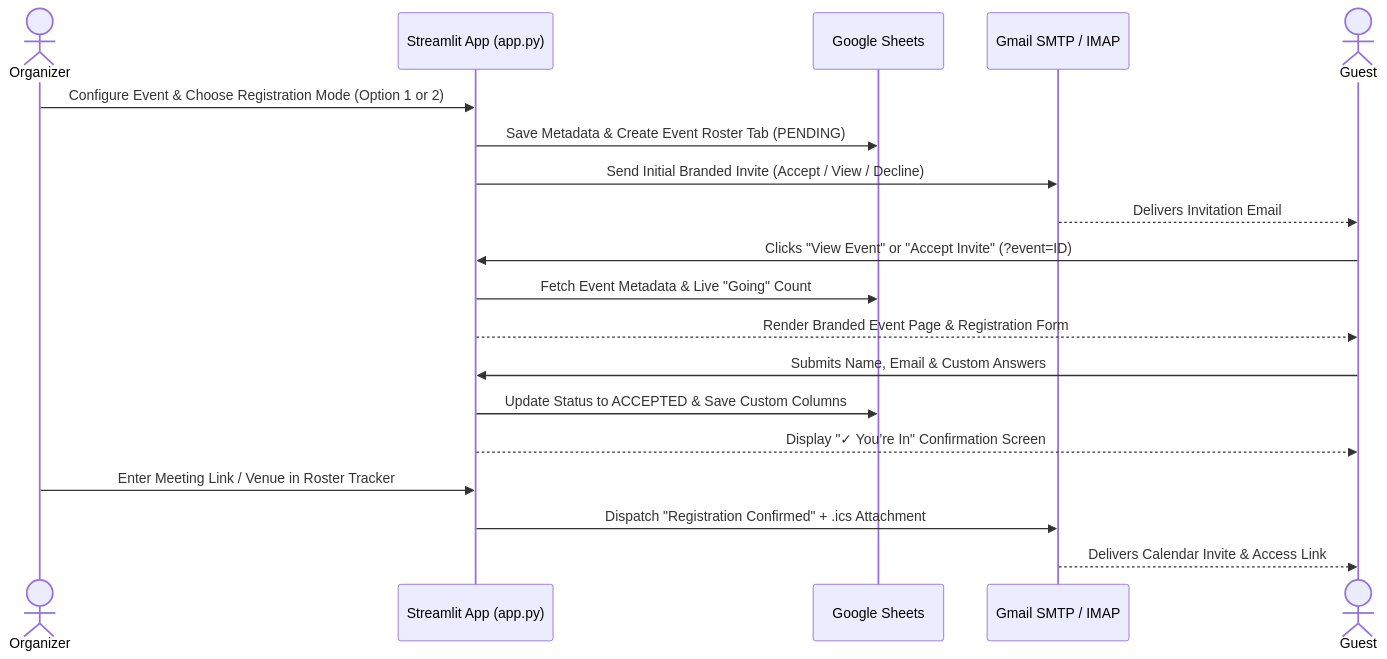
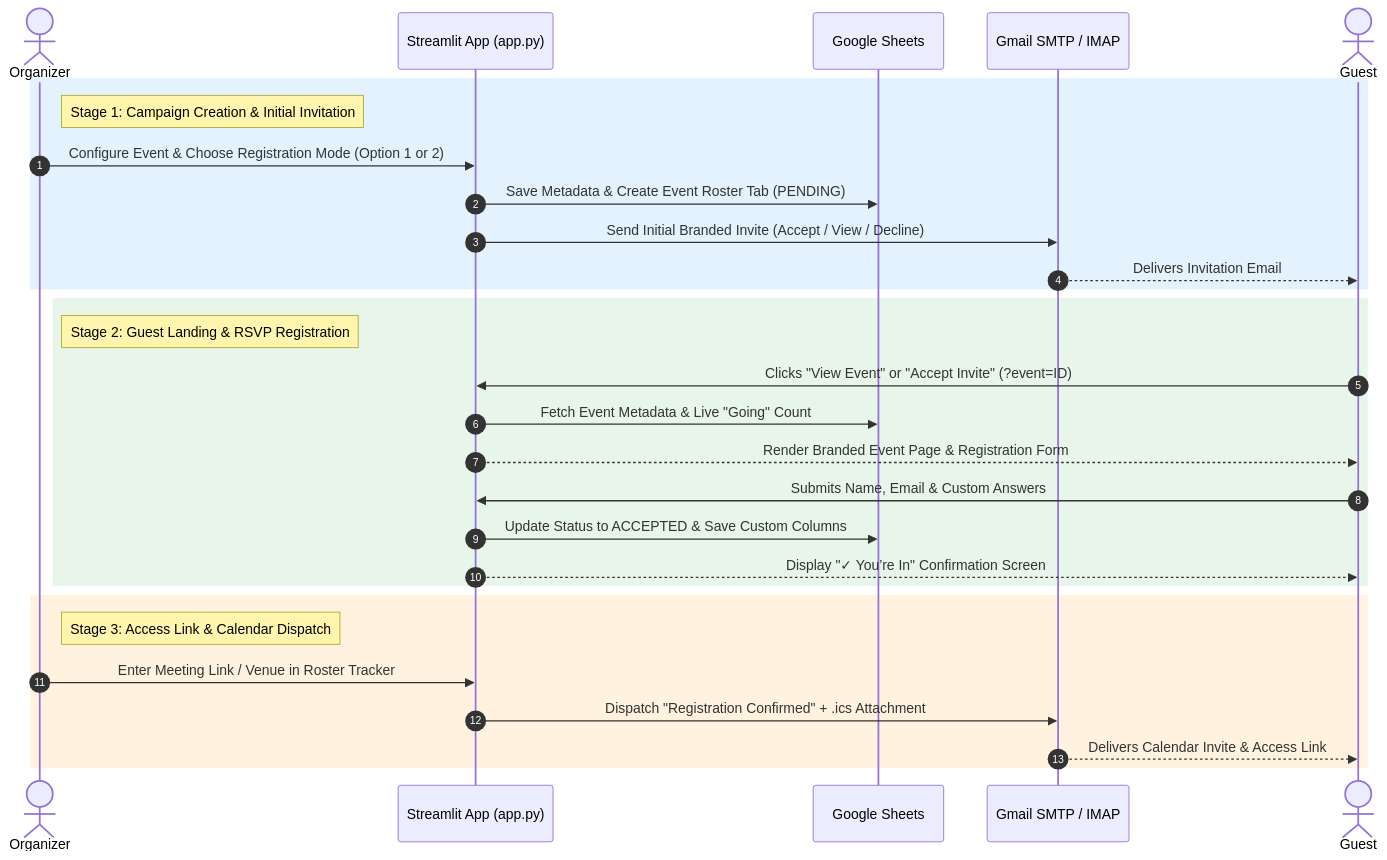
Before and after one commit to SRINIVASTA/event-manager: the second of 2 diagrams in README.md, drawn with Mermaid. The commit also changed other lines of this file, not shown here.

````diff
--- a/README.md
+++ b/README.md
@@ -60,25 +72,34 @@
 ```mermaid
 sequenceDiagram
+    autonumber
     actor Organizer
     participant App as Streamlit App (app.py)
     participant Sheets as Google Sheets
     participant Gmail as Gmail SMTP / IMAP
     actor Guest
 
+    rect rgb(227, 242, 253)
+    Note right of Organizer: Stage 1: Campaign Creation & Initial Invitation
     Organizer->>App: Configure Event & Choose Registration Mode (Option 1 or 2)
     App->>Sheets: Save Metadata & Create Event Roster Tab (PENDING)
     App->>Gmail: Send Initial Branded Invite (Accept / View / Decline)
     Gmail-->>Guest: Delivers Invitation Email
+    end
 
+    rect rgb(232, 245, 233)
+    Note right of Organizer: Stage 2: Guest Landing & RSVP Registration
     Guest->>App: Clicks "View Event" or "Accept Invite" (?event=ID)
     App->>Sheets: Fetch Event Metadata & Live "Going" Count
     App-->>Guest: Render Branded Event Page & Registration Form
-
     Guest->>App: Submits Name, Email & Custom Answers
     App->>Sheets: Update Status to ACCEPTED & Save Custom Columns
     App-->>Guest: Display "✓ You’re In" Confirmation Screen
+    end
 
+    rect rgb(255, 243, 224)
+    Note right of Organizer: Stage 3: Access Link & Calendar Dispatch
     Organizer->>App: Enter Meeting Link / Venue in Roster Tracker
     App->>Gmail: Dispatch "Registration Confirmed" + .ics Attachment
     Gmail-->>Guest: Delivers Calendar Invite & Access Link
+    end
 ```
````
